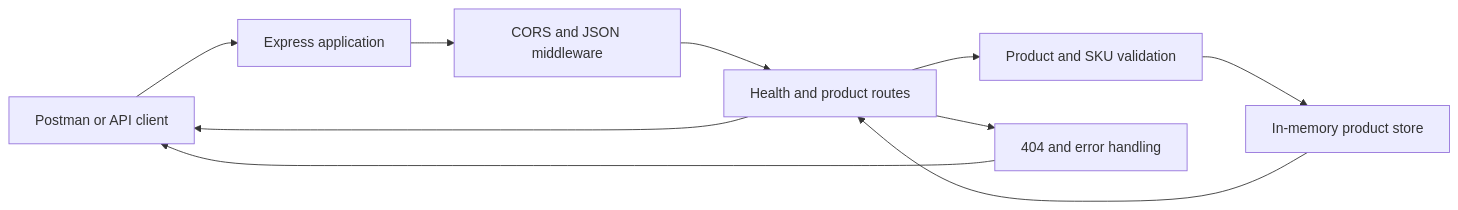
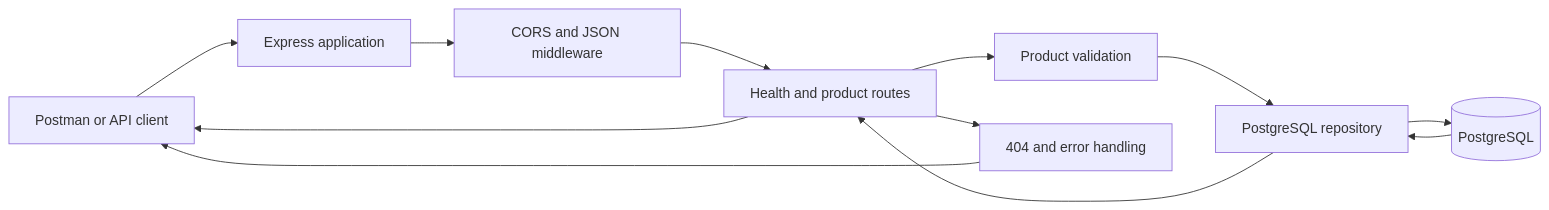
One commit to adigson/retail-inventory-expiry-management-api changed the diagram in docs/architecture.md. Above: the diagram before and after it, drawn with Mermaid. The commit also changed other lines of this file and 18 other files, not shown here.

First line of the commit message:
Persist retail inventory in PostgreSQL

````diff
--- a/docs/architecture.md
+++ b/docs/architecture.md
@@ -5,12 +5,14 @@
 ```mermaid
 flowchart LR
     Client[Postman or API client] --> Express[Express application]
     Express --> Middleware[CORS and JSON middleware]
     Middleware --> Routes[Health and product routes]
-    Routes --> Validation[Product and SKU validation]
-    Validation --> Store[In-memory product store]
+    Routes --> Validation[Product validation]
+    Validation --> Repository[PostgreSQL repository]
+    Repository --> Database[(PostgreSQL)]
     Routes --> Errors[404 and error handling]
     Errors --> Client
-    Store --> Routes
+    Database --> Repository
+    Repository --> Routes
     Routes --> Client
 ```
````
